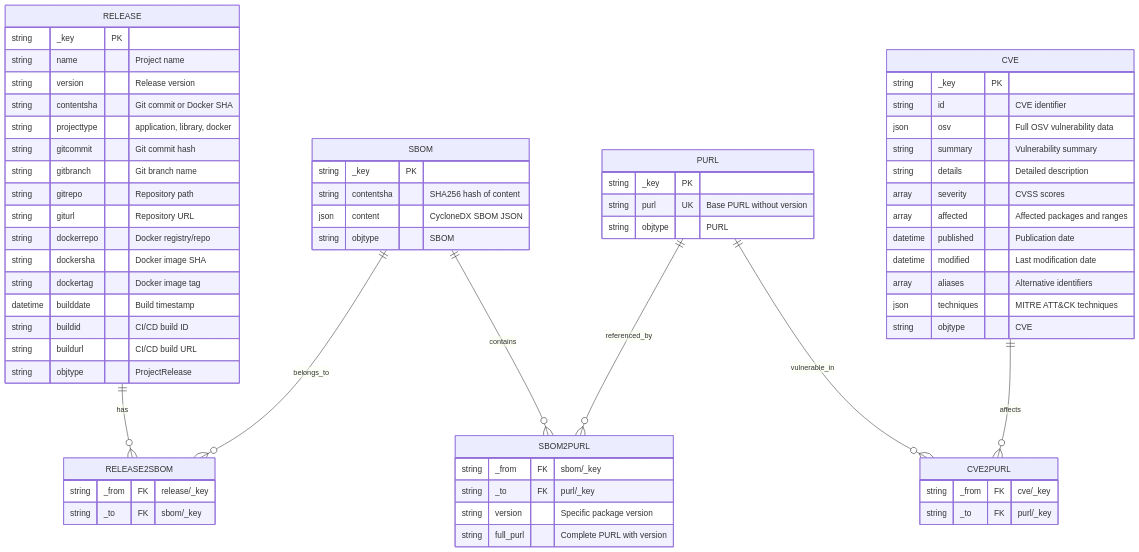
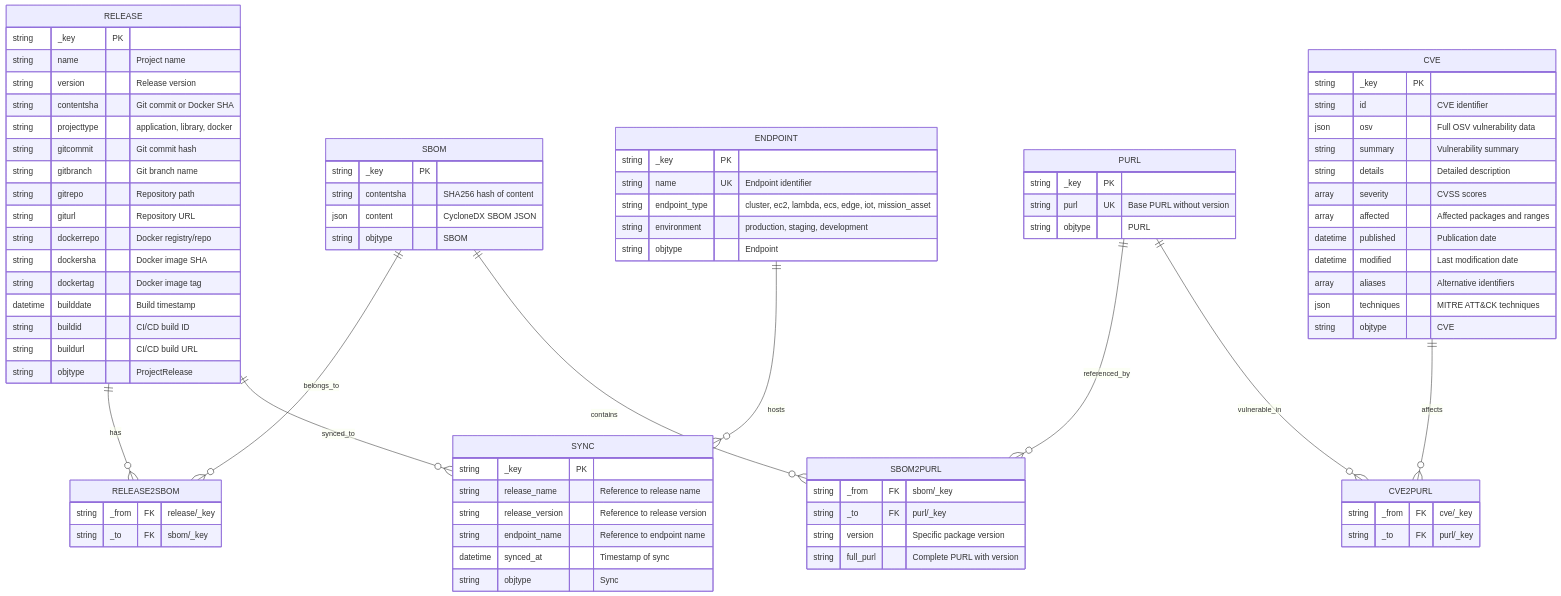
The diagram in design.md (ortelius/cve2release-tracker), drawn with Mermaid before and after one commit. The commit also changed other lines of this file and 4 other files, not shown here.

Commit message:
add endpoint and sync

```diff
--- a/design.md
+++ b/design.md
@@ -112,6 +131,8 @@
     PURL ||--o{ SBOM2PURL : "referenced_by"
     CVE ||--o{ CVE2PURL : "affects"
     PURL ||--o{ CVE2PURL : "vulnerable_in"
+    RELEASE ||--o{ SYNC : "synced_to"
+    ENDPOINT ||--o{ SYNC : "hosts"
 
     RELEASE {
         string _key PK
@@ -160,6 +181,23 @@
         string objtype "CVE"
     }
 
+    ENDPOINT {
+        string _key PK
+        string name UK "Endpoint identifier"
+        string endpoint_type "cluster, ec2, lambda, ecs, edge, iot, mission_asset"
+        string environment "production, staging, development"
+        string objtype "Endpoint"
+    }
+
+    SYNC {
+        string _key PK
+        string release_name "Reference to release name"
+        string release_version "Reference to release version"
+        string endpoint_name "Reference to endpoint name"
+        datetime synced_at "Timestamp of sync"
+        string objtype "Sync"
+    }
+
     RELEASE2SBOM {
         string _from FK "release/_key"
         string _to FK "sbom/_key"
```
